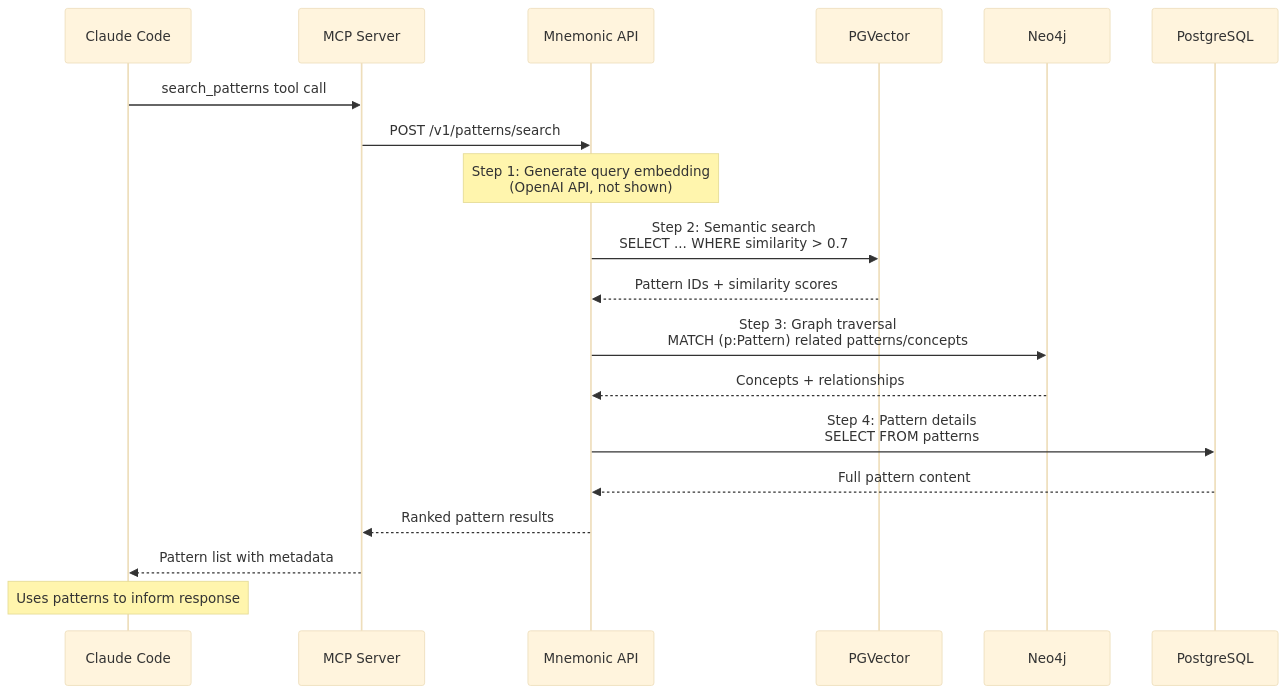
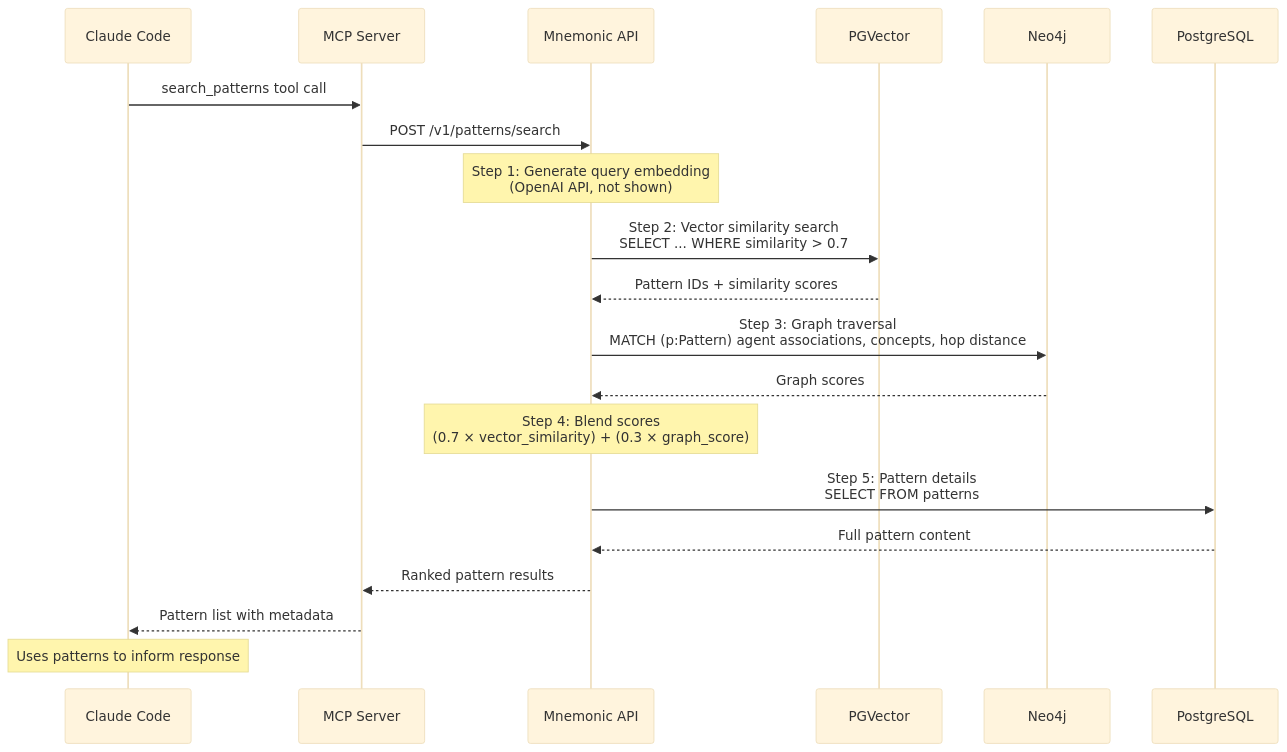
The fourth of 4 diagrams in docs/architecture/05-database-integration-flow.md (twistingmercury/mnemonic-mcp), drawn with Mermaid (base theme) before and after one commit. The commit also changed other lines of this file and 3 other files, not shown here.

````diff
--- a/docs/architecture/05-database-integration-flow.md
+++ b/docs/architecture/05-database-integration-flow.md
@@ -403,28 +415,30 @@
 ```mermaid
 sequenceDiagram
     participant CC as Claude Code
     participant MCP as MCP Server
     participant API as Mnemonic API
     participant PGV as PGVector
     participant Neo as Neo4j
     participant PG as PostgreSQL
 
     CC->>MCP: search_patterns tool call
     MCP->>API: POST /v1/patterns/search
 
     Note over API: Step 1: Generate query embedding<br/>(OpenAI API, not shown)
 
-    API->>PGV: Step 2: Semantic search<br/>SELECT ... WHERE similarity > 0.7
+    API->>PGV: Step 2: Vector similarity search<br/>SELECT ... WHERE similarity > 0.7
     PGV-->>API: Pattern IDs + similarity scores
 
-    API->>Neo: Step 3: Graph traversal<br/>MATCH (p:Pattern) related patterns/concepts
-    Neo-->>API: Concepts + relationships
+    API->>Neo: Step 3: Graph traversal<br/>MATCH (p:Pattern) agent associations, concepts, hop distance
+    Neo-->>API: Graph scores
 
-    API->>PG: Step 4: Pattern details<br/>SELECT FROM patterns
+    Note over API: Step 4: Blend scores<br/>(0.7 × vector_similarity) + (0.3 × graph_score)
+
+    API->>PG: Step 5: Pattern details<br/>SELECT FROM patterns
     PG-->>API: Full pattern content
 
     API-->>MCP: Ranked pattern results
     MCP-->>CC: Pattern list with metadata
 
     Note over CC: Uses patterns to inform response
 ```
````
